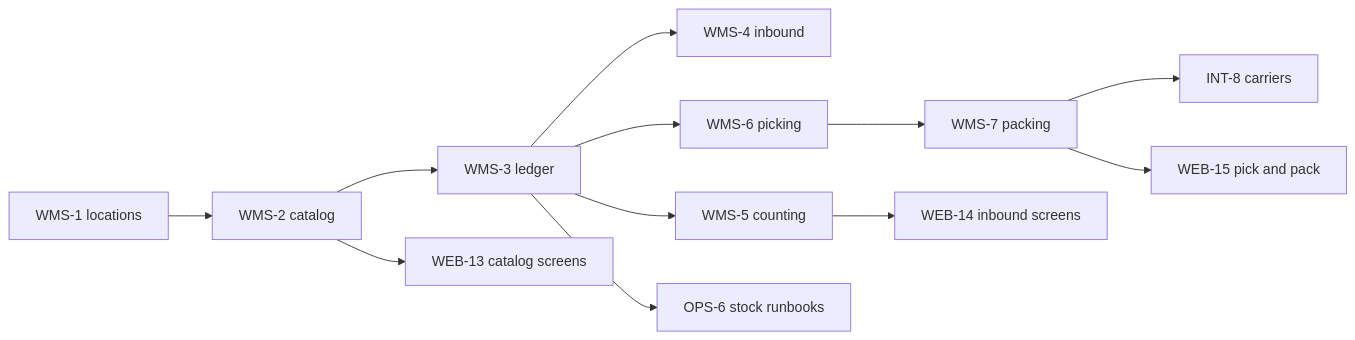
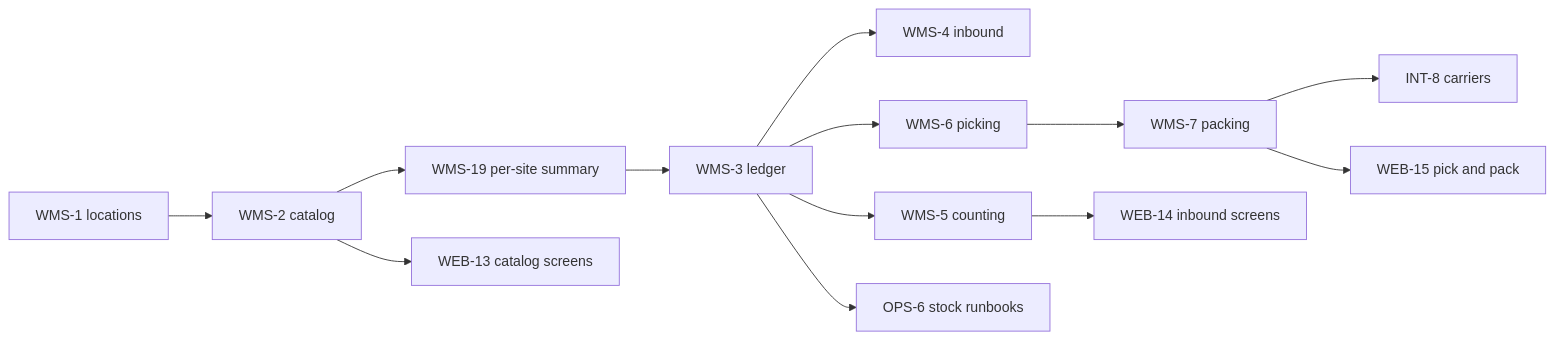
One commit to Marllow-git/eeasy-logistics changed the fourth of 5 diagrams in docs/roadmap.md. Above: the diagram before and after it, drawn with Mermaid. The commit also changed other lines of this file and 4 other files, not shown here.

First line of the commit message:
Roadmap: fold in the feature book (A-28) and fix its defects at source

````diff
--- a/docs/roadmap.md
+++ b/docs/roadmap.md
@@ -228,14 +232,15 @@
 ```mermaid
 flowchart LR
   WMS1[WMS-1 locations] --> WMS2[WMS-2 catalog]
-  WMS2 --> WMS3[WMS-3 ledger]
+  WMS2 --> WMS19[WMS-19 per-site summary]
+  WMS19 --> WMS3[WMS-3 ledger]
   WMS3 --> WMS4[WMS-4 inbound]
   WMS3 --> WMS5[WMS-5 counting]
   WMS3 --> WMS6[WMS-6 picking]
   WMS6 --> WMS7[WMS-7 packing]
   WMS7 --> INT8[INT-8 carriers]
   WMS2 --> WEB13[WEB-13 catalog screens]
   WMS5 --> WEB14[WEB-14 inbound screens]
   WMS7 --> WEB15[WEB-15 pick and pack]
   WMS3 --> OPS6[OPS-6 stock runbooks]
 ```
````
